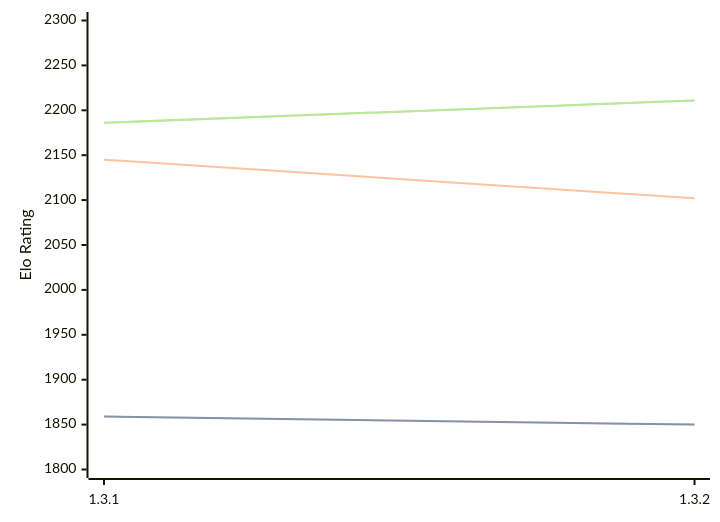
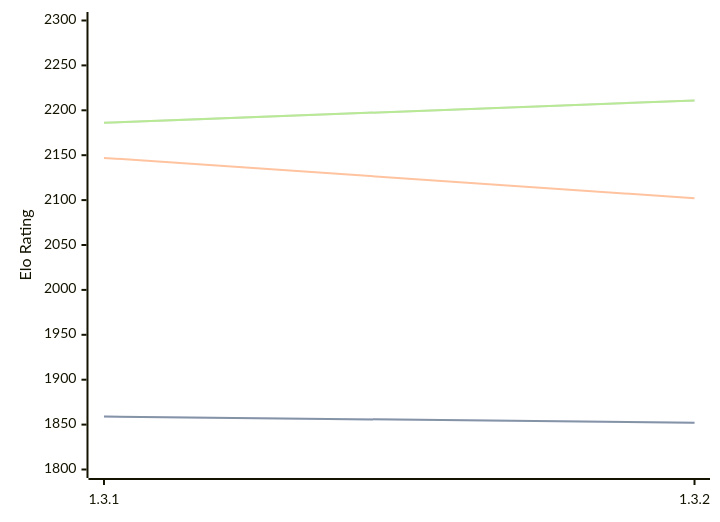
The diagram in engines/Zugblitz.md (computer-chess-index/cci), drawn with Mermaid before and after one commit. The commit also changed other lines of this file, not shown here.

````diff
--- a/engines/Zugblitz.md
+++ b/engines/Zugblitz.md
@@ -32,11 +32,11 @@
 ```mermaid
 %%{init: {"theme":"base","themeVariables":{"seriesColors:['#a3a3a3','#222221','#faa371']}}}%%
 xychart-beta
   x-axis ["1.3.1", "1.3.2"]
   y-axis "Elo Rating" 1800 --> 2300
-  line "" [1859, 1850]
-  line "STC (8.0+0.08s)" [1859, 1850]
-  line "LTC (60.0+0.60s)" [2145, 2102]
+  line "" [1859, 1852]
+  line "STC (8.0+0.08s)" [1859, 1852]
+  line "LTC (60.0+0.60s)" [2147, 2102]
   line "" [2186, 2211]
   line "VLTC (2m24s+1.12s)" [2186, 2211]
 ```
````
